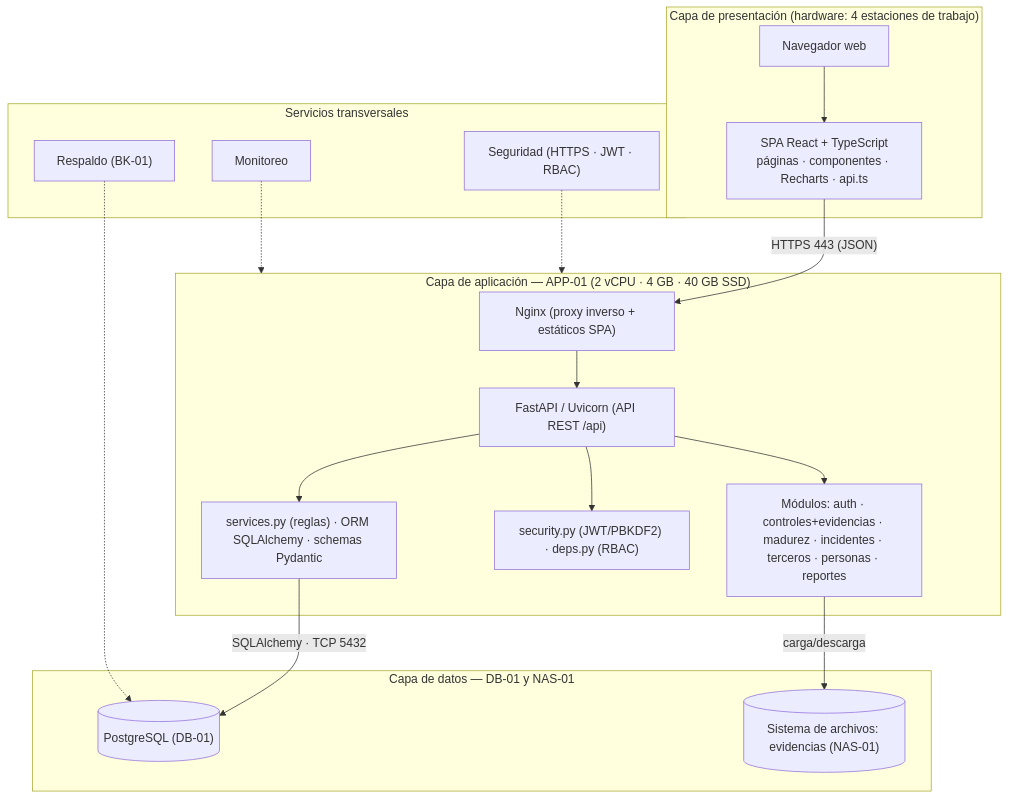
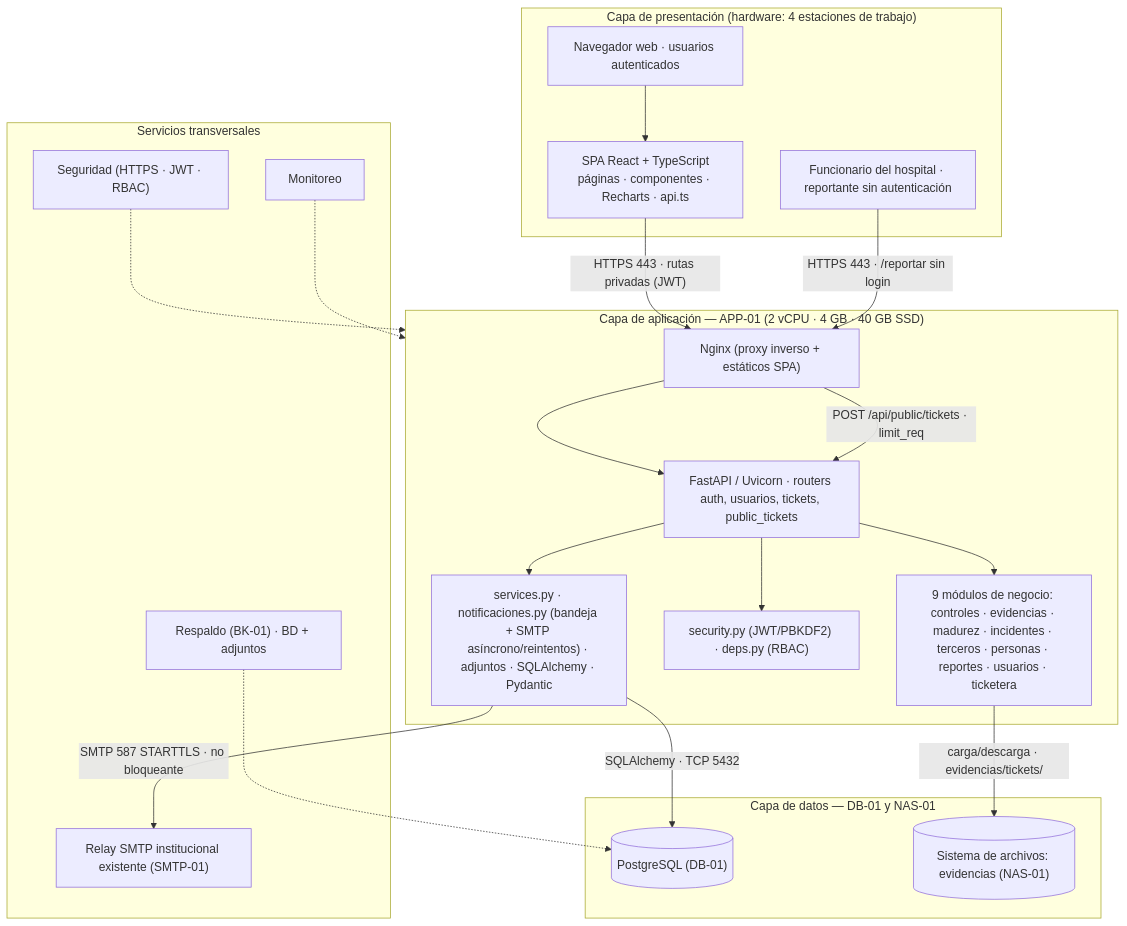
One commit to pbahamondez-inacap/proyectotitulo-inacap-Pbahamondez changed the diagram in Documentacion/Entregas/U2-Desarrollo_e_Implementacion/08_arquitectura_solucion.md. Above: the diagram before and after it, drawn with Mermaid. The commit also changed other lines of this file and 85 other files, not shown here.

````diff
--- a/Documentacion/Entregas/U2-Desarrollo_e_Implementacion/08_arquitectura_solucion.md
+++ b/Documentacion/Entregas/U2-Desarrollo_e_Implementacion/08_arquitectura_solucion.md
@@ -32,38 +34,43 @@
 ```mermaid
 flowchart TB
     subgraph CAPA1["Capa de presentación (hardware: 4 estaciones de trabajo)"]
-        NAV["Navegador web"]
+        NAV["Navegador web · usuarios autenticados"]
         SPA["SPA React + TypeScript<br>páginas · componentes · Recharts · api.ts"]
+        PUB["Funcionario del hospital · reportante sin autenticación"]
         NAV --> SPA
     end
 
     subgraph CAPA2["Capa de aplicación — APP-01 (2 vCPU · 4 GB · 40 GB SSD)"]
         NGINX["Nginx (proxy inverso + estáticos SPA)"]
-        API["FastAPI / Uvicorn (API REST /api)"]
-        MODULOS["Módulos: auth · controles+evidencias · madurez · incidentes · terceros · personas · reportes"]
+        API["FastAPI / Uvicorn · routers auth, usuarios, tickets, public_tickets"]
+        MODULOS["9 módulos de negocio: controles · evidencias · madurez · incidentes · terceros · personas · reportes · usuarios · ticketera"]
         SEG["security.py (JWT/PBKDF2) · deps.py (RBAC)"]
-        NEG["services.py (reglas) · ORM SQLAlchemy · schemas Pydantic"]
+        NEG["services.py · notificaciones.py (bandeja + SMTP asíncrono/reintentos) · adjuntos · SQLAlchemy · Pydantic"]
         NGINX --> API
         API --> MODULOS
         API --> SEG
         API --> NEG
     end
 
     subgraph CAPA3["Capa de datos — DB-01 y NAS-01"]
         DB[("PostgreSQL (DB-01)")]
         FS[("Sistema de archivos: evidencias (NAS-01)")]
     end
 
     subgraph TRANS["Servicios transversales"]
         SEC["Seguridad (HTTPS · JWT · RBAC)"]
         MON["Monitoreo"]
-        BK["Respaldo (BK-01)"]
+        BK["Respaldo (BK-01) · BD + adjuntos"]
+        SMTP["Relay SMTP institucional existente (SMTP-01)"]
     end
 
-    SPA -->|"HTTPS 443 (JSON)"| NGINX
+    SPA -->|"HTTPS 443 · rutas privadas (JWT)"| NGINX
+    PUB -->|"HTTPS 443 · /reportar sin login"| NGINX
+    NGINX -->|"POST /api/public/tickets · limit_req"| API
     NEG -->|"SQLAlchemy · TCP 5432"| DB
-    MODULOS -->|"carga/descarga"| FS
+    MODULOS -->|"carga/descarga · evidencias/tickets/"| FS
+    NEG -->|"SMTP 587 STARTTLS · no bloqueante"| SMTP
     SEC -.-> CAPA2
     MON -.-> CAPA2
     BK -.-> DB
 ```
````
